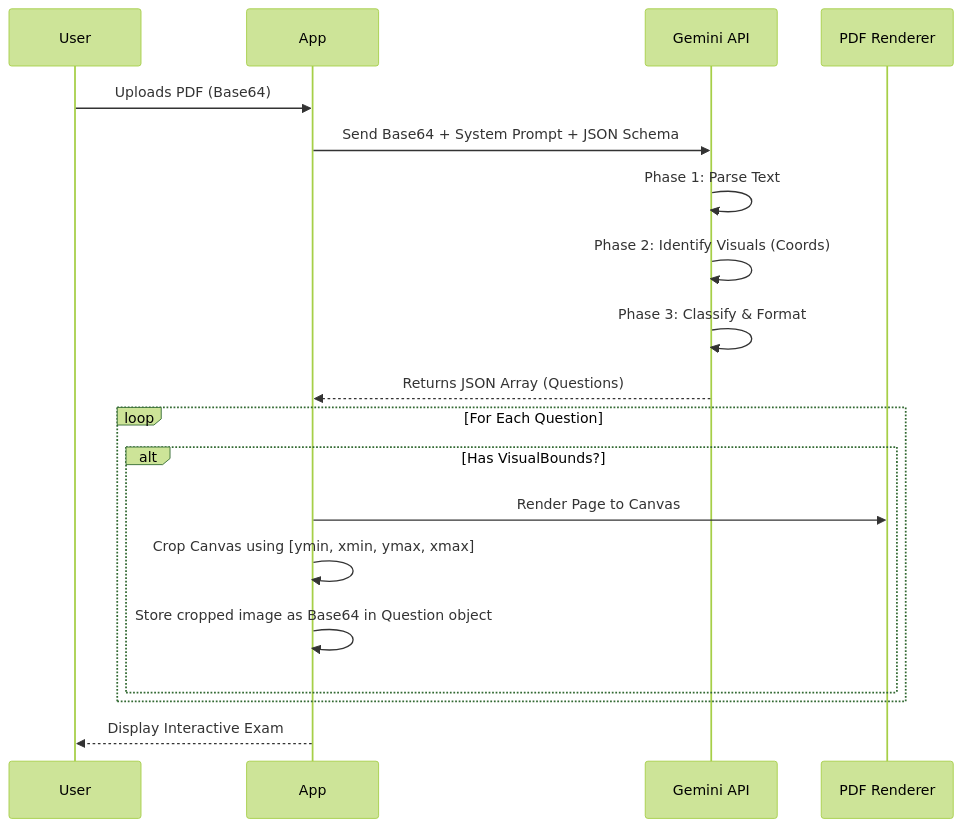
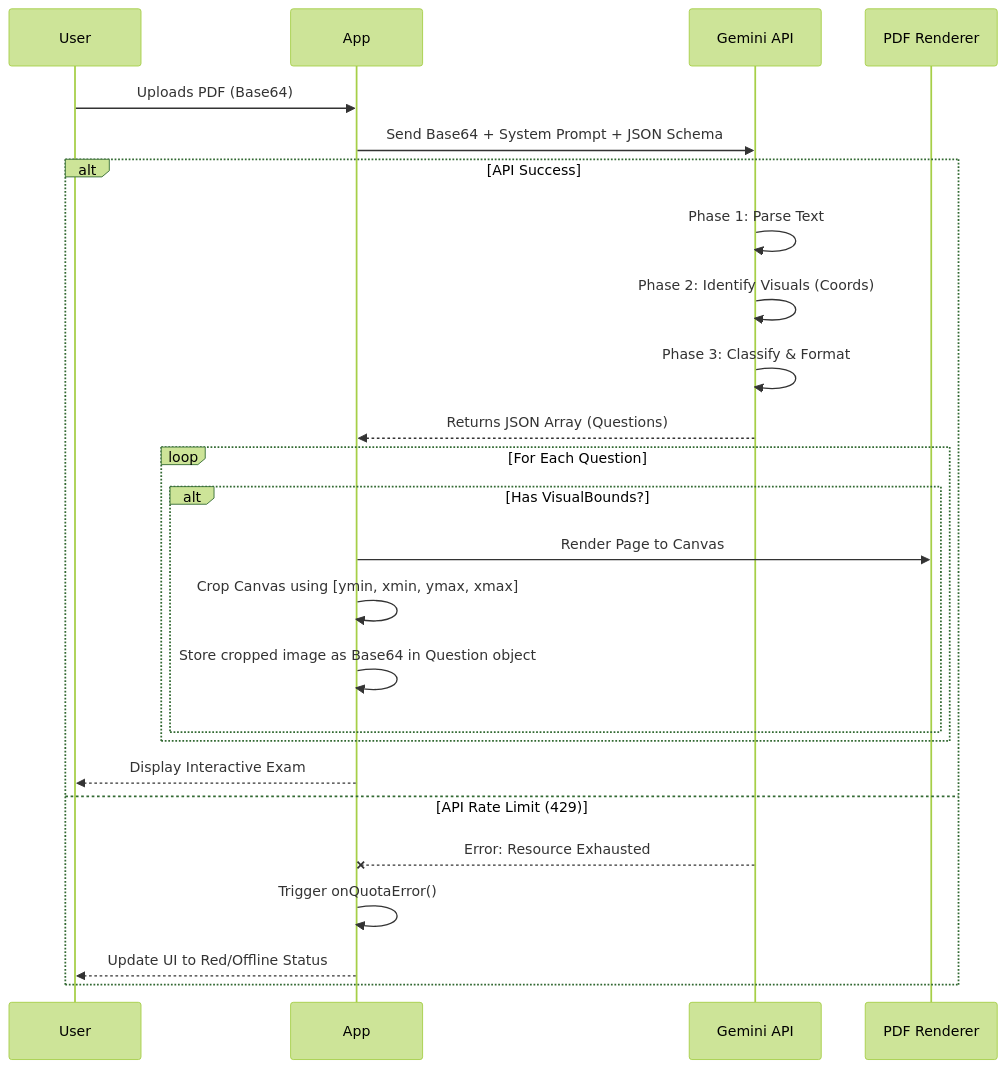
Before and after one commit to IbDX/QuizGen: the diagram in technical_readme/02_ai_generation_engine.md, drawn with Mermaid (forest theme). The commit also changed other lines of this file and 4 other files, not shown here.

````diff
--- a/technical_readme/02_ai_generation_engine.md
+++ b/technical_readme/02_ai_generation_engine.md
@@ -10,24 +10,31 @@
 ```mermaid
 sequenceDiagram
     participant User
     participant App
     participant Gemini as Gemini API
     participant PDFjs as PDF Renderer
 
     User->>App: Uploads PDF (Base64)
     App->>Gemini: Send Base64 + System Prompt + JSON Schema
-    Gemini->>Gemini: Phase 1: Parse Text
-    Gemini->>Gemini: Phase 2: Identify Visuals (Coords)
-    Gemini->>Gemini: Phase 3: Classify & Format
-    Gemini-->>App: Returns JSON Array (Questions)
     
-    loop For Each Question
-        alt Has VisualBounds?
-            App->>PDFjs: Render Page to Canvas
-            App->>App: Crop Canvas using [ymin, xmin, ymax, xmax]
-            App->>App: Store cropped image as Base64 in Question object
+    alt API Success
+        Gemini->>Gemini: Phase 1: Parse Text
+        Gemini->>Gemini: Phase 2: Identify Visuals (Coords)
+        Gemini->>Gemini: Phase 3: Classify & Format
+        Gemini-->>App: Returns JSON Array (Questions)
+        
+        loop For Each Question
+            alt Has VisualBounds?
+                App->>PDFjs: Render Page to Canvas
+                App->>App: Crop Canvas using [ymin, xmin, ymax, xmax]
+                App->>App: Store cropped image as Base64 in Question object
+            end
         end
+        
+        App-->>User: Display Interactive Exam
+    else API Rate Limit (429)
+        Gemini--xApp: Error: Resource Exhausted
+        App->>App: Trigger onQuotaError()
+        App-->>User: Update UI to Red/Offline Status
     end
-    
-    App-->>User: Display Interactive Exam
 ```
````
